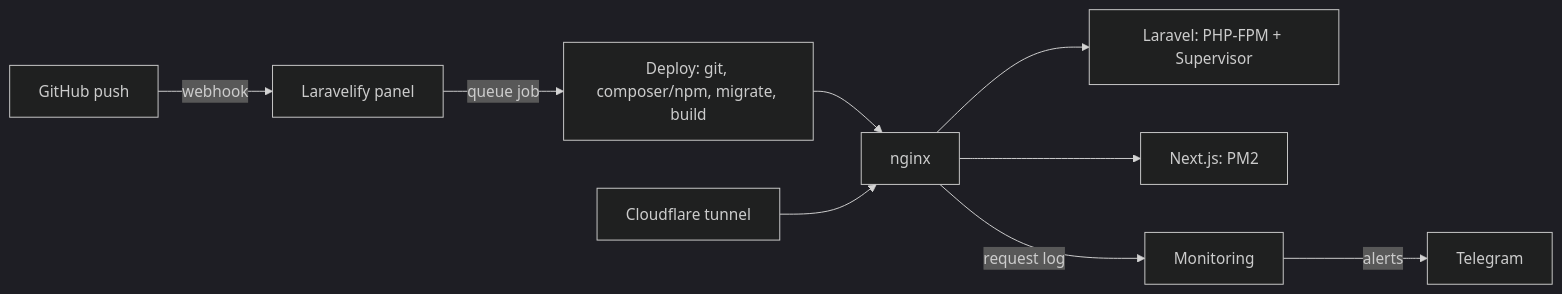
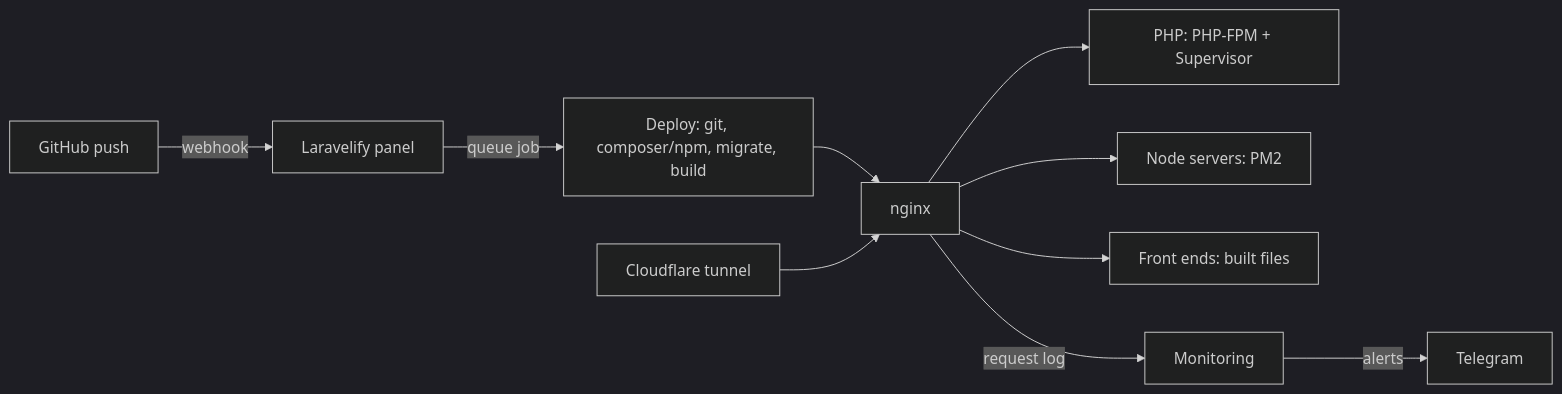
Before and after one commit to laravelify-cloud/laravelify-docs: the diagram in introduction.mdx, drawn with Mermaid (dark theme). The commit also changed other lines of this file and 5 other files, not shown here.

````diff
--- a/introduction.mdx
+++ b/introduction.mdx
@@ -47,11 +47,12 @@
 ```mermaid
 flowchart LR
   GH[GitHub push] -->|webhook| P[Laravelify panel]
   P -->|queue job| D[Deploy: git, composer/npm, migrate, build]
   D --> N[nginx]
-  N --> L[Laravel: PHP-FPM + Supervisor]
-  N --> X[Next.js: PM2]
+  N --> L[PHP: PHP-FPM + Supervisor]
+  N --> X[Node servers: PM2]
+  N --> S[Front ends: built files]
   CF[Cloudflare tunnel] --> N
   N -->|request log| M[Monitoring]
   M -->|alerts| T[Telegram]
 ```
````
